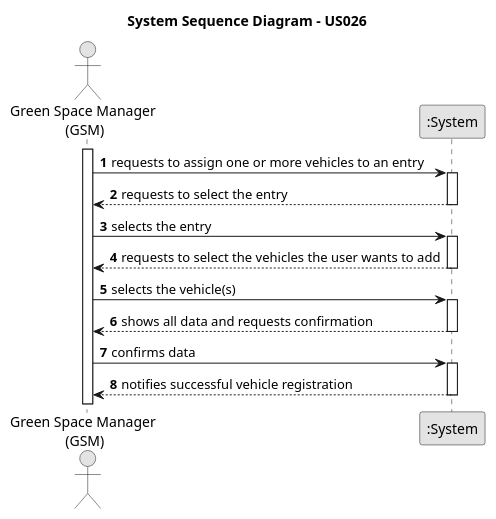
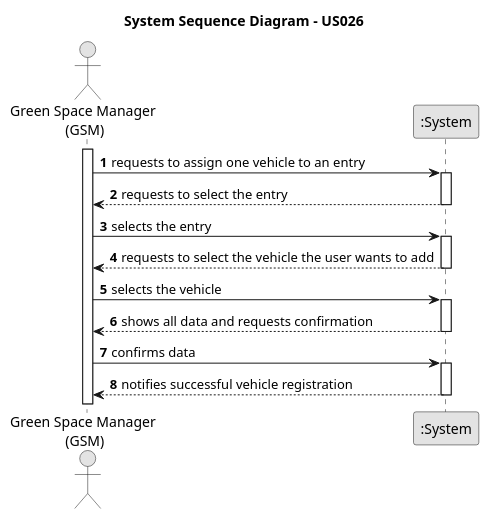
One commit to RicardoMorim/lapr2-ISEP-Project changed the diagram in docs/sprintC/us026/01.requirements-engineering/puml/us026-alternative-one.puml. Above: the diagram before and after it, drawn with PlantUML. The commit also changed 8 other files, not shown here.

```diff
--- a/docs/sprintC/us026/01.requirements-engineering/puml/us026-alternative-one.puml
+++ b/docs/sprintC/us026/01.requirements-engineering/puml/us026-alternative-one.puml
@@ -1,32 +1,32 @@
 @startuml
 skinparam monochrome true
 skinparam packageStyle rectangle
 skinparam shadowing false
 
 title System Sequence Diagram - US026
 
 autonumber
 
 actor "Green Space Manager \n(GSM)" as GSM
 participant ":System" as System
 
 activate GSM
 
-GSM -> System : requests to assign one or more vehicles to an entry
+GSM -> System : requests to assign one vehicle to an entry
 activate System
 System --> GSM : requests to select the entry
 deactivate System
 GSM -> System : selects the entry
 activate System
-    System --> GSM : requests to select the vehicles the user wants to add
+    System --> GSM : requests to select the vehicle the user wants to add
 deactivate System
-    GSM -> System : selects the vehicle(s)
+    GSM -> System : selects the vehicle
    activate System
        System --> GSM : shows all data and requests confirmation
        deactivate System
    deactivate System
        GSM -> System : confirms data
        activate System
        System --> GSM: notifies successful vehicle registration
    deactivate System
    @enduml
```
